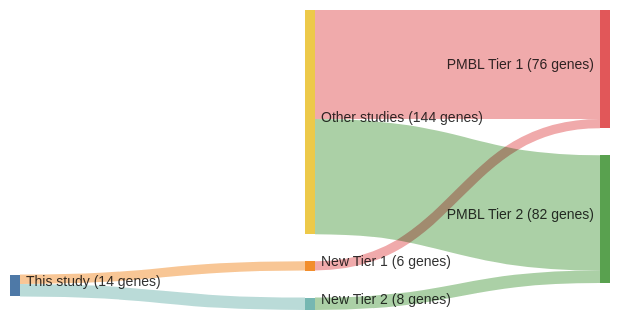
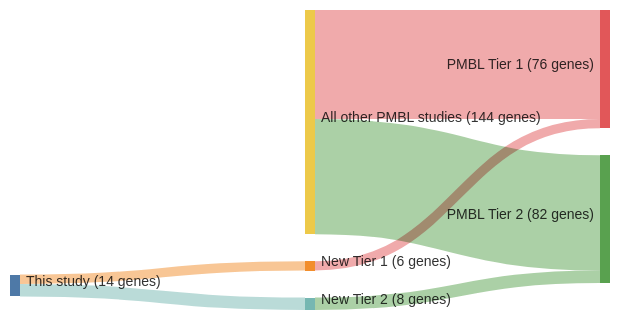
The diagram in papers/dunsCharacterizationDLBCLPMBL2021b.md (morinlab/lymphopedia), drawn with Mermaid before and after one commit. The commit also changed other lines of this file and 82 other files, not shown here.

````diff
--- a/papers/dunsCharacterizationDLBCLPMBL2021b.md
+++ b/papers/dunsCharacterizationDLBCLPMBL2021b.md
@@ -13,20 +13,20 @@
 ```mermaid
 ---
 config:
     sankey:
         showValues: true
         linkColor: target
         width: 600
         height: 300
         nodeAlignment: right
         prefix: '('
         suffix: ' genes)'
 ---
 sankey-beta
 This study, New Tier 1, 6
 New Tier 1, PMBL Tier 1, 6
 This study, New Tier 2, 8
 New Tier 2, PMBL Tier 2, 8
-Other studies, PMBL Tier 1, 70
-Other studies, PMBL Tier 2, 74
+All other PMBL studies, PMBL Tier 1, 70
+All other PMBL studies, PMBL Tier 2, 74
 ```
````
